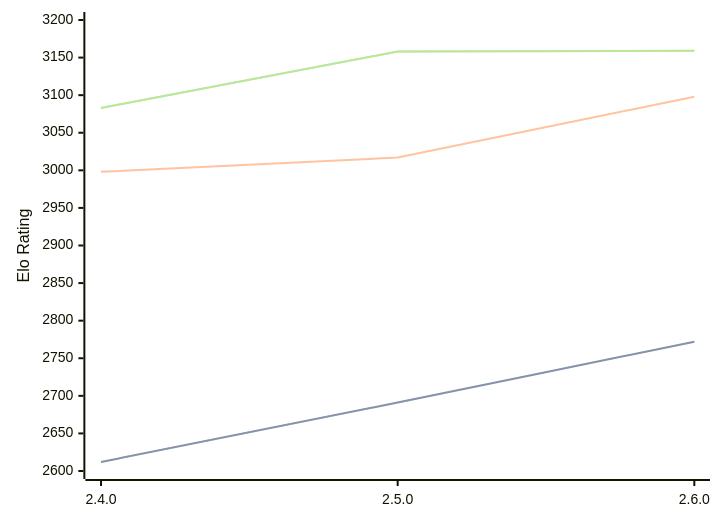
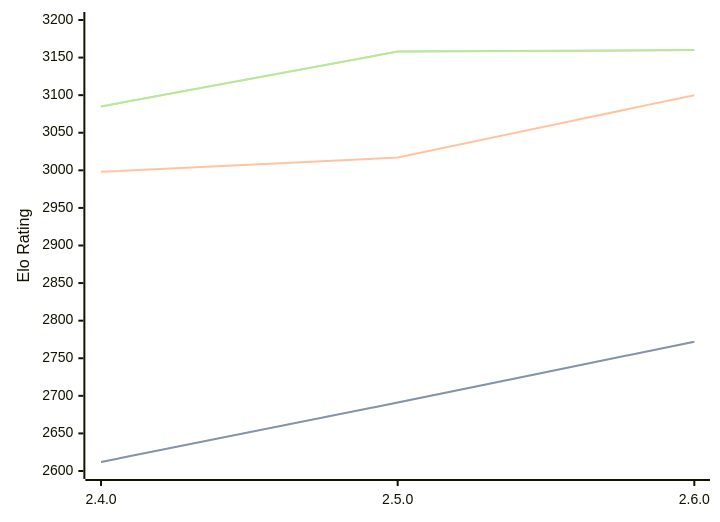
Before and after one commit to computer-chess-index/cci: the diagram in engines/Sturddle2.md, drawn with Mermaid. The commit also changed other lines of this file, not shown here.

Commit message:
Update CCI Ratings (ELO VLTC) - 2026-08-19

````diff
--- a/engines/Sturddle2.md
+++ b/engines/Sturddle2.md
@@ -33,11 +33,11 @@
 ```mermaid
 %%{init: {"theme":"base","themeVariables":{"seriesColors:['#a3a3a3','#222221','#faa371']}}}%%
 xychart-beta
   x-axis ["2.4.0", "2.5.0", "2.6.0"]
   y-axis "Elo Rating" 2600 --> 3200
   line "STC (8.0+0.08s)" [2612, 2691, 2772]
   line "STC (8.0+0.08s)" [2612, 2691, 2772]
-  line "LTC (60.0+0.60s)" [2998, 3017, 3098]
-  line "VLTC (2m24s+1.12s)" [3083, 3158, 3159]
-  line "VLTC (2m24s+1.12s)" [3083, 3158, 3159]
+  line "LTC (60.0+0.60s)" [2998, 3017, 3100]
+  line "VLTC (2m24s+1.12s)" [3085, 3158, 3160]
+  line "VLTC (2m24s+1.12s)" [3085, 3158, 3160]
 ```
````
